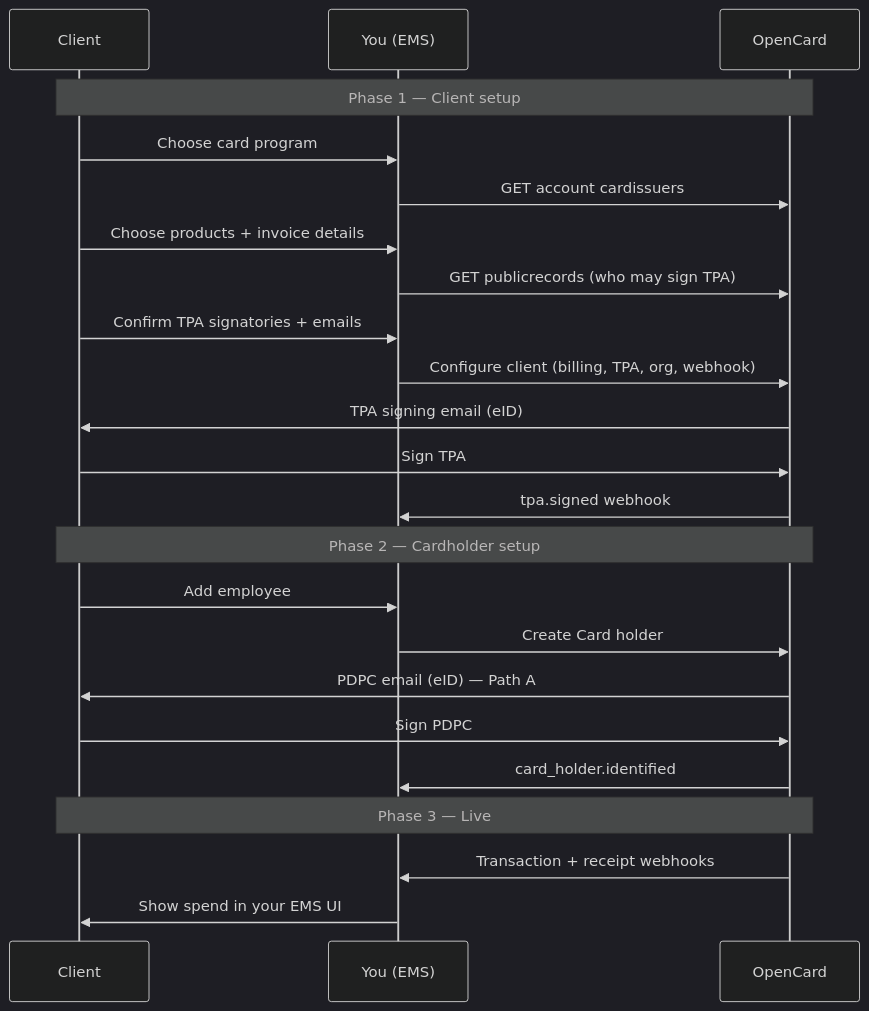
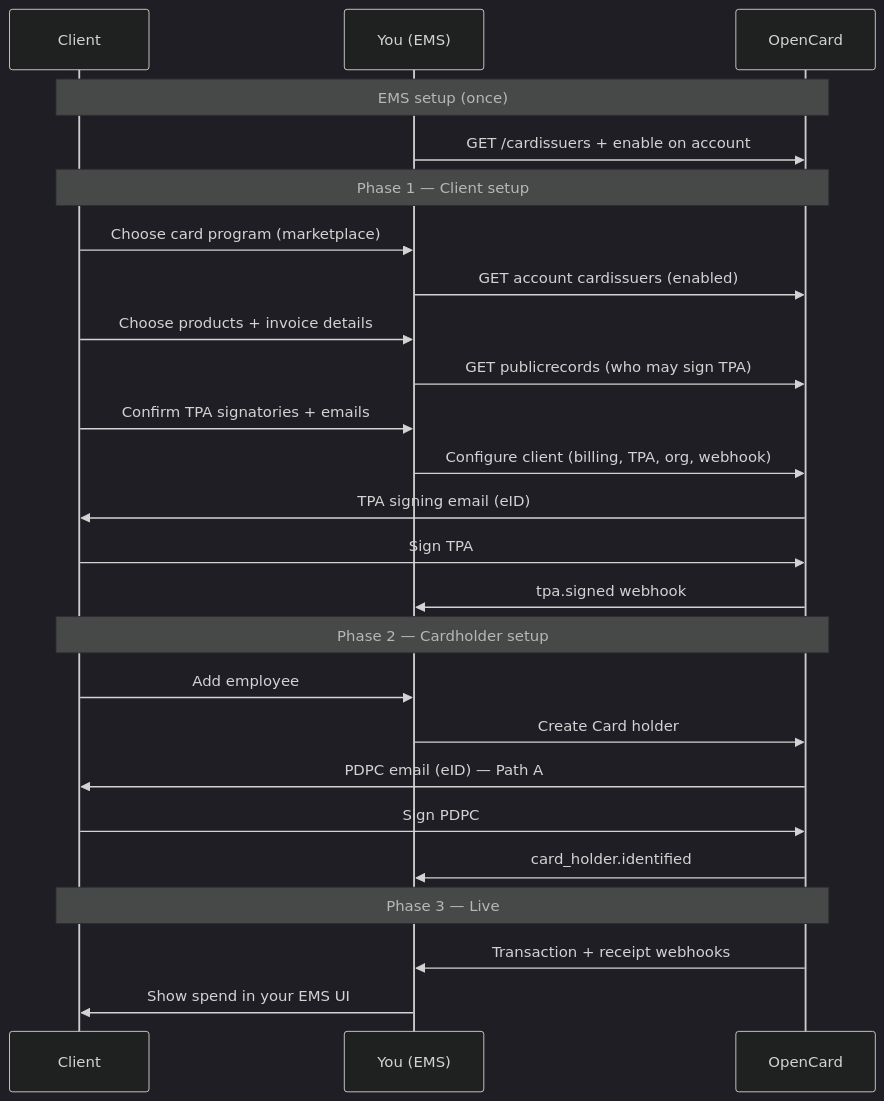
One commit to marc-opencard/developers.opencard.io changed the first of 3 diagrams in ems/customer-onboarding.mdx. Above: the diagram before and after it, drawn with Mermaid (dark theme). The commit also changed other lines of this file and 1 other file, not shown here.

First line of the commit message:
Document EMS card issuer catalog setup and bold all doc headings.

````diff
--- a/ems/customer-onboarding.mdx
+++ b/ems/customer-onboarding.mdx
@@ -24,28 +24,30 @@
 ```mermaid
 sequenceDiagram
     participant Client as Client
     participant You as You (EMS)
     participant OC as OpenCard
 
+    Note over Client,OC: EMS setup (once)
+    You->>OC: GET /cardissuers + enable on account
     Note over Client,OC: Phase 1 — Client setup
-    Client->>You: Choose card program
-    You->>OC: GET account cardissuers
+    Client->>You: Choose card program (marketplace)
+    You->>OC: GET account cardissuers (enabled)
     Client->>You: Choose products + invoice details
     You->>OC: GET publicrecords (who may sign TPA)
     Client->>You: Confirm TPA signatories + emails
     You->>OC: Configure client (billing, TPA, org, webhook)
     OC->>Client: TPA signing email (eID)
     Client->>OC: Sign TPA
     OC->>You: tpa.signed webhook
 
     Note over Client,OC: Phase 2 — Cardholder setup
     Client->>You: Add employee
     You->>OC: Create Card holder
     OC->>Client: PDPC email (eID) — Path A
     Client->>OC: Sign PDPC
     OC->>You: card_holder.identified
 
     Note over Client,OC: Phase 3 — Live
     OC->>You: Transaction + receipt webhooks
     You->>Client: Show spend in your EMS UI
 ```
````
